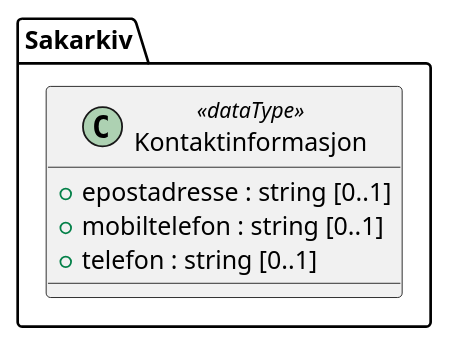
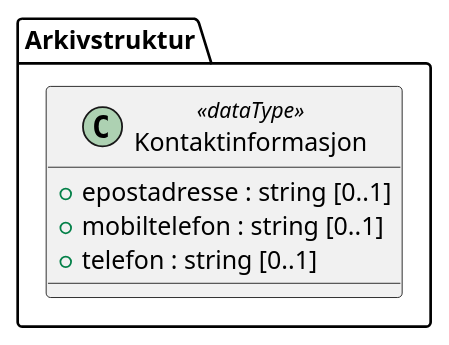
One commit to arkivverket/noark5-tjenestegrensesnitt-standard changed the diagram in kapitler/media/uml-datatype-kontaktinformasjon.iuml. Above: the diagram before and after it, drawn with PlantUML. The commit also changed 17 other files, not shown here.

```diff
--- a/kapitler/media/uml-datatype-kontaktinformasjon.iuml
+++ b/kapitler/media/uml-datatype-kontaktinformasjon.iuml
@@ -1,7 +1,7 @@
 @startuml
-class Sakarkiv.Kontaktinformasjon <<dataType>> {
+class Arkivstruktur.Kontaktinformasjon <<dataType>> {
   +epostadresse : string [0..1]
   +mobiltelefon : string [0..1]
   +telefon : string [0..1]
 }
 @enduml
```
